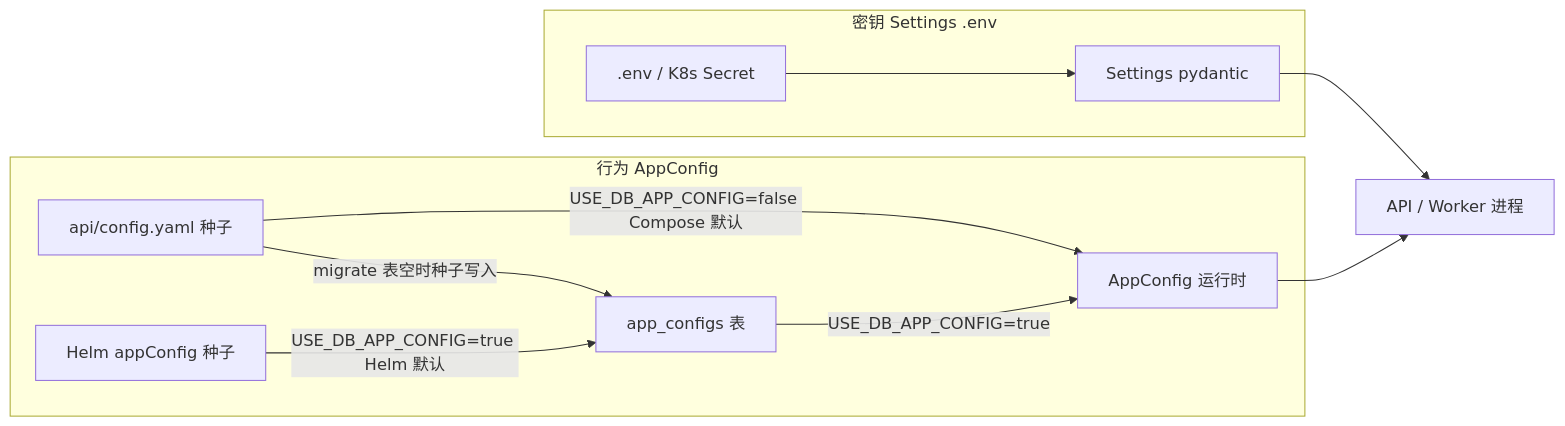
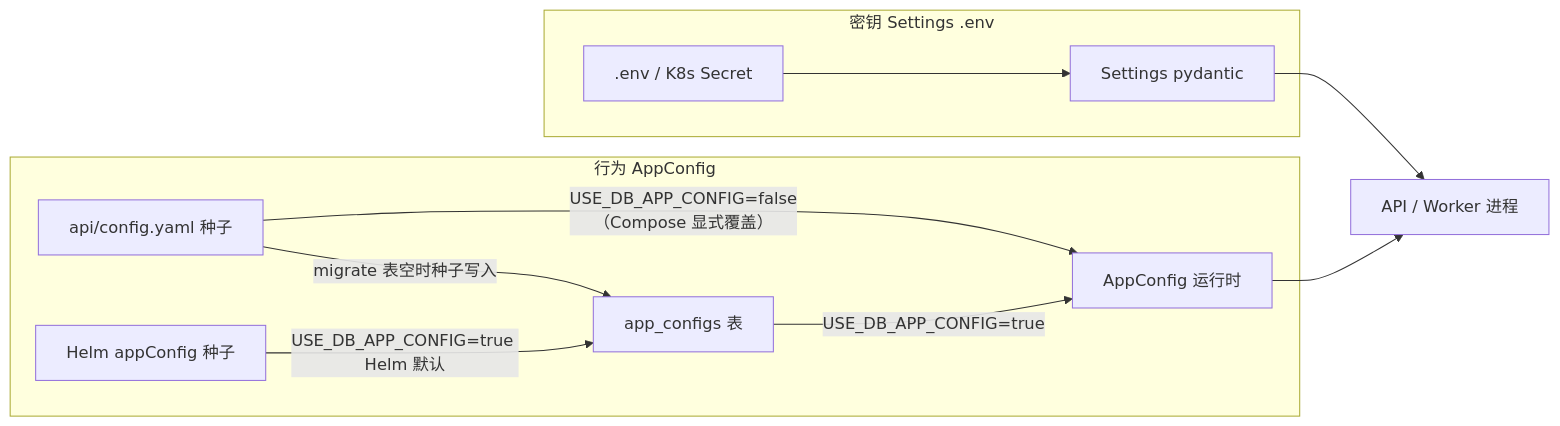
Before and after one commit to OceaLong/opencitadel: the first of 2 diagrams in docs/architecture/config-source-governance.zh-CN.md, drawn with Mermaid. The commit also changed other lines of this file and 61 other files, not shown here.

First line of the commit message:
docs(tutorials): update tutorials to match new LLM endpoint and model configuration flow

````diff
--- a/docs/architecture/config-source-governance.zh-CN.md
+++ b/docs/architecture/config-source-governance.zh-CN.md
@@ -16,20 +16,20 @@
 ```mermaid
 flowchart LR
   subgraph secrets ["密钥 Settings .env"]
     Env[".env / K8s Secret"]
     Settings["Settings pydantic"]
   end
   subgraph behavior ["行为 AppConfig"]
     Yaml["api/config.yaml 种子"]
     Helm["Helm appConfig 种子"]
     DB["app_configs 表"]
     Runtime["AppConfig 运行时"]
   end
   Env --> Settings
-  Yaml -->|"USE_DB_APP_CONFIG=false Compose 默认"| Runtime
+  Yaml -->|"USE_DB_APP_CONFIG=false（Compose 显式覆盖）"| Runtime
   Yaml -->|"migrate 表空时种子写入"| DB
   Helm -->|"USE_DB_APP_CONFIG=true Helm 默认"| DB
   DB -->|"USE_DB_APP_CONFIG=true"| Runtime
   Settings --> API["API / Worker 进程"]
   Runtime --> API
 ```
````
